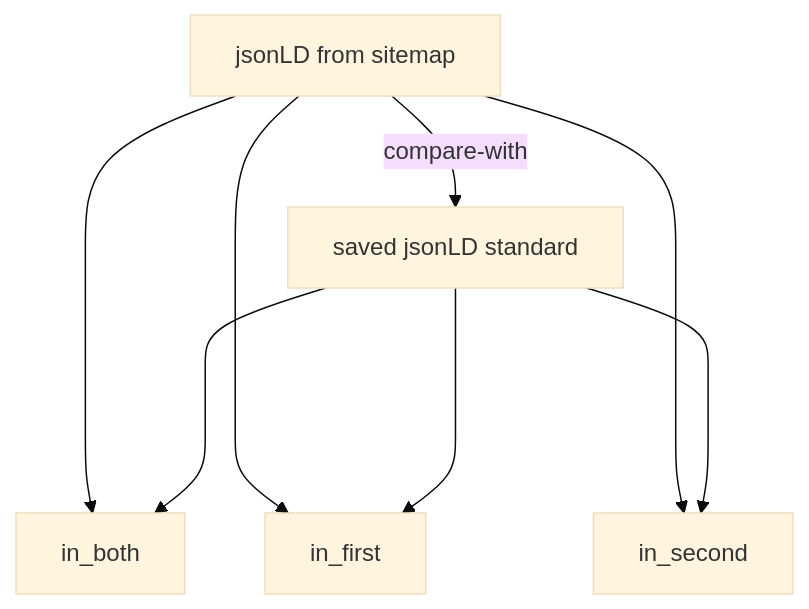
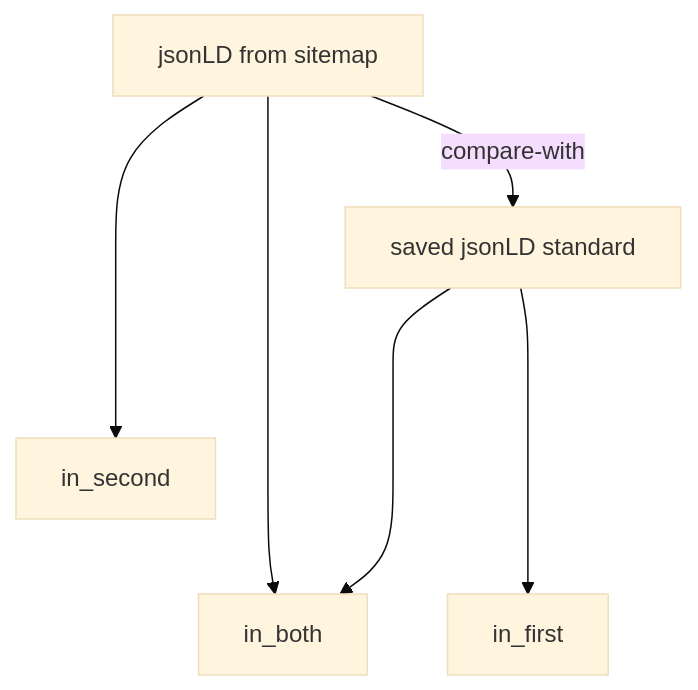
The fifth of 7 diagrams in test/ingestTesting.md (MBcode/ec), drawn with Mermaid (base theme) before and after one commit.

Commit message:
Update ingestTesting.md
diff_nt/graph cmp standard v sitemap  in_first only from stnd, in_2nd only from sitemap,  then in_both from both

````diff
--- a/test/ingestTesting.md
+++ b/test/ingestTesting.md
@@ -755,10 +755,8 @@
 ```mermaid
 flowchart TD
 J[jsonLD from sitemap] -- compare-with --> L[saved jsonLD standard]; 
 J ----> B[in_both];
 L ----> B;
-J ----> F[in_first];
-L ----> F;
+L ----> F[in_first];
 J ----> S[in_second];
-L ----> S;
 ```
````
